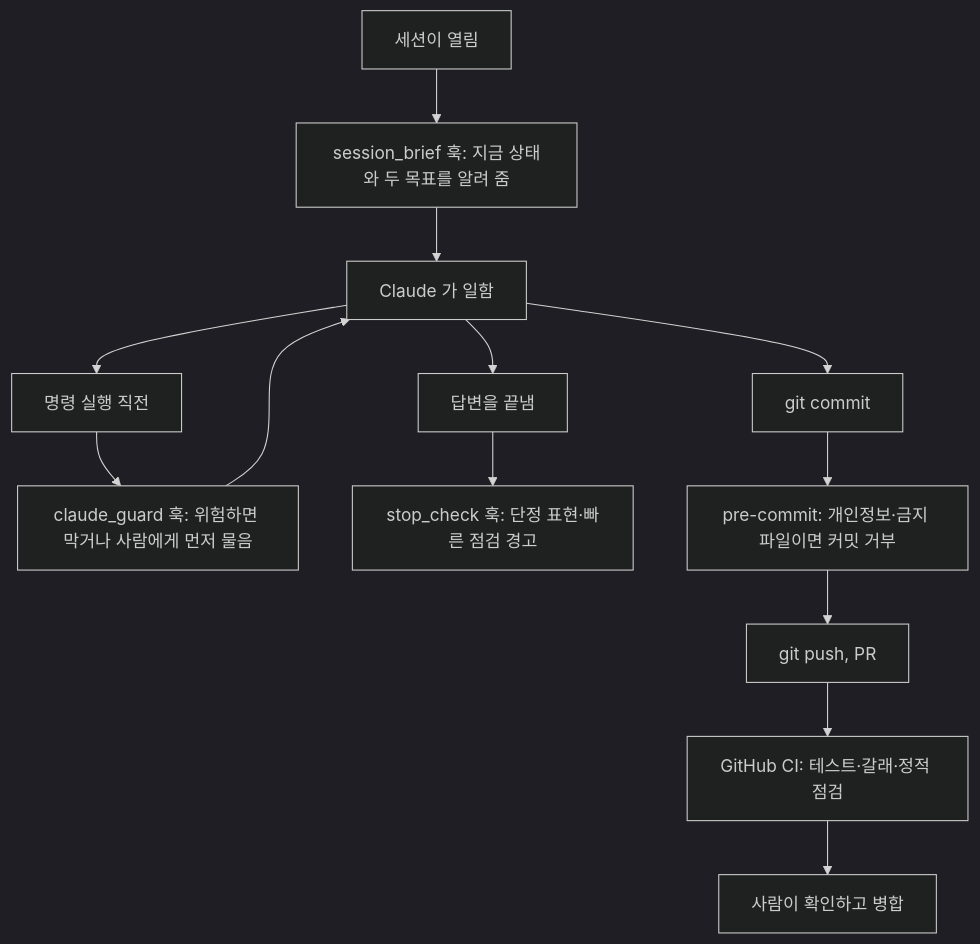
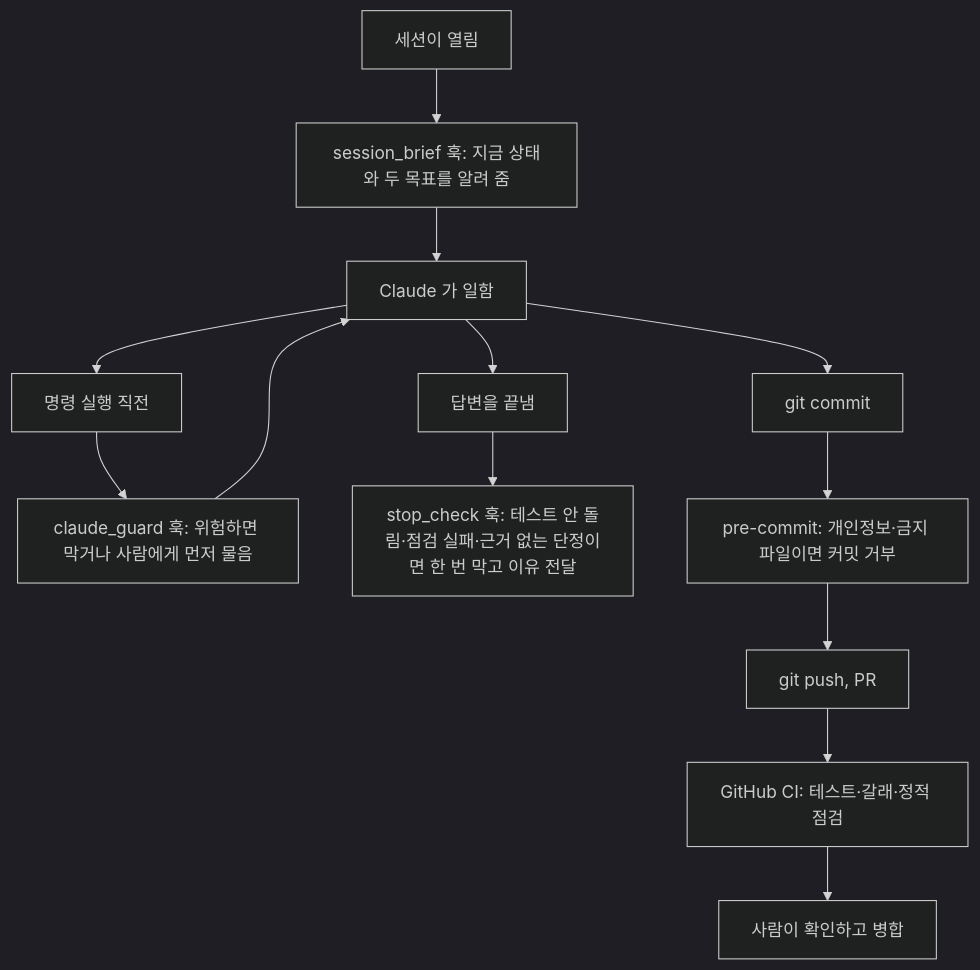
The first of 2 diagrams in docs/하네스-엔지니어링-설명서.md (howl213/jiacenter-web), drawn with Mermaid (dark theme) before and after one commit. The commit also changed other lines of this file and 5 other files, not shown here.

````diff
--- a/docs/하네스-엔지니어링-설명서.md
+++ b/docs/하네스-엔지니어링-설명서.md
@@ -45,15 +45,15 @@
 ```mermaid
 flowchart TD
   A["세션이 열림"] --> A1["session_brief 훅: 지금 상태와 두 목표를 알려 줌"]
   A1 --> B["Claude 가 일함"]
   B --> C["명령 실행 직전"]
   C --> C1["claude_guard 훅: 위험하면 막거나 사람에게 먼저 물음"]
   C1 --> B
   B --> D["답변을 끝냄"]
-  D --> D1["stop_check 훅: 단정 표현·빠른 점검 경고"]
+  D --> D1["stop_check 훅: 테스트 안 돌림·점검 실패·근거 없는 단정이면 한 번 막고 이유 전달"]
   B --> E["git commit"]
   E --> E1["pre-commit: 개인정보·금지 파일이면 커밋 거부"]
   E1 --> F["git push, PR"]
   F --> F1["GitHub CI: 테스트·갈래·정적 점검"]
   F1 --> G["사람이 확인하고 병합"]
 ```
````
